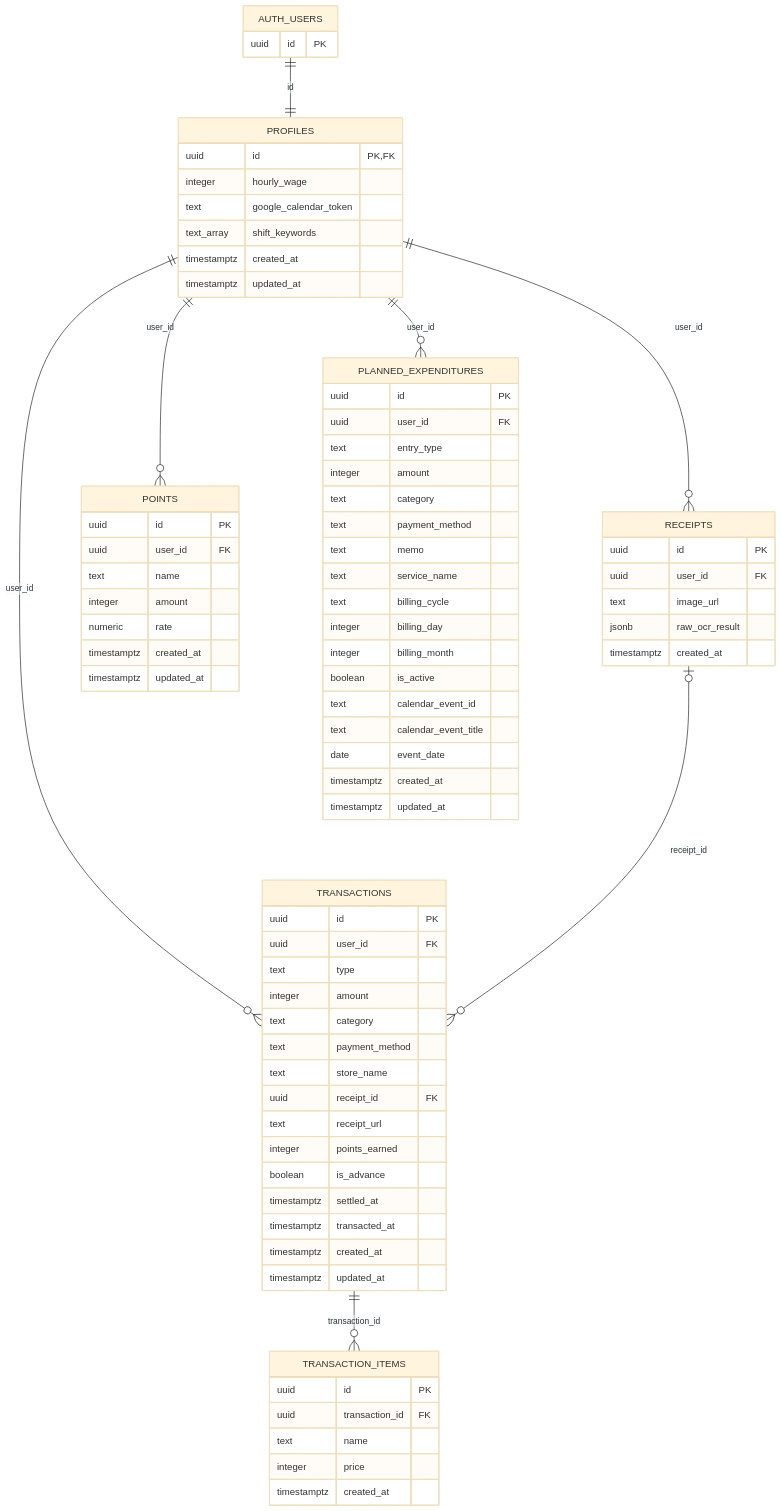
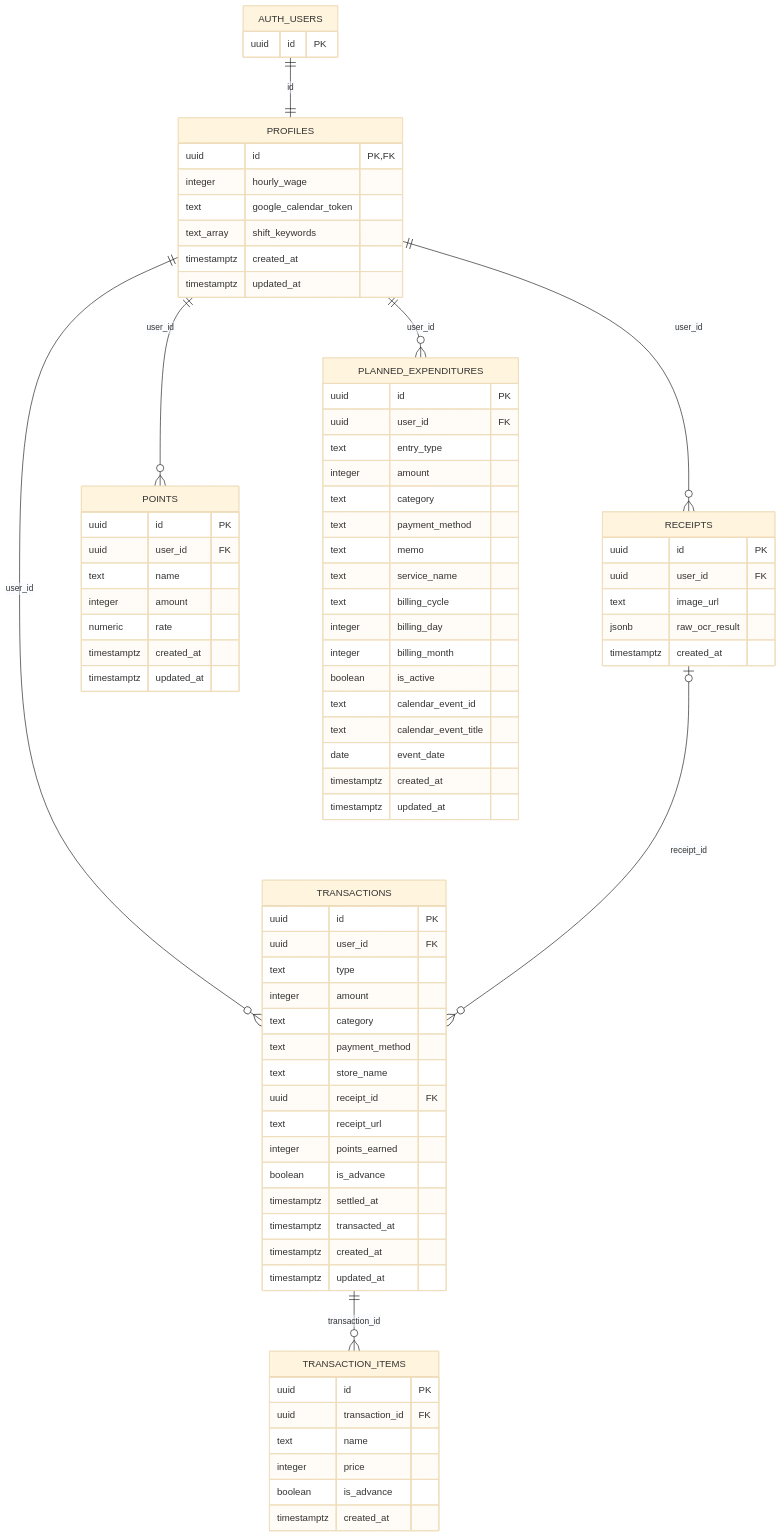
One commit to YukkuriPannda/raku-bo changed the diagram in docs/er-diagram.md. Above: the diagram before and after it, drawn with Mermaid (base theme). The commit also changed 18 other files, not shown here.

````diff
--- a/docs/er-diagram.md
+++ b/docs/er-diagram.md
@@ -5,81 +5,82 @@
 ```mermaid
 erDiagram
     AUTH_USERS ||--|| PROFILES : "id"
     PROFILES ||--o{ RECEIPTS : "user_id"
     PROFILES ||--o{ TRANSACTIONS : "user_id"
     PROFILES ||--o{ POINTS : "user_id"
     PROFILES ||--o{ PLANNED_EXPENDITURES : "user_id"
     RECEIPTS |o--o{ TRANSACTIONS : "receipt_id"
     TRANSACTIONS ||--o{ TRANSACTION_ITEMS : "transaction_id"
 
     AUTH_USERS {
         uuid id PK
     }
     PROFILES {
         uuid id PK,FK
         integer hourly_wage
         text google_calendar_token
         text_array shift_keywords
         timestamptz created_at
         timestamptz updated_at
     }
     RECEIPTS {
         uuid id PK
         uuid user_id FK
         text image_url
         jsonb raw_ocr_result
         timestamptz created_at
     }
     TRANSACTIONS {
         uuid id PK
         uuid user_id FK
         text type
         integer amount
         text category
         text payment_method
         text store_name
         uuid receipt_id FK
         text receipt_url
         integer points_earned
         boolean is_advance
         timestamptz settled_at
         timestamptz transacted_at
         timestamptz created_at
         timestamptz updated_at
     }
     TRANSACTION_ITEMS {
         uuid id PK
         uuid transaction_id FK
         text name
         integer price
+        boolean is_advance
         timestamptz created_at
     }
     POINTS {
         uuid id PK
         uuid user_id FK
         text name
         integer amount
         numeric rate
         timestamptz created_at
         timestamptz updated_at
     }
     PLANNED_EXPENDITURES {
         uuid id PK
         uuid user_id FK
         text entry_type
         integer amount
         text category
         text payment_method
         text memo
         text service_name
         text billing_cycle
         integer billing_day
         integer billing_month
         boolean is_active
         text calendar_event_id
         text calendar_event_title
         date event_date
         timestamptz created_at
         timestamptz updated_at
     }
 ```
````
